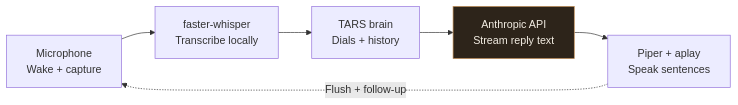
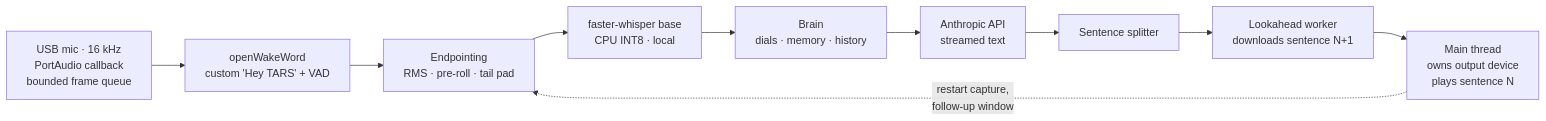
One commit to lucaformento/TARS changed the diagram in README.md. Above: the diagram before and after it, drawn with Mermaid. The commit also changed other lines of this file, not shown here.

First line of the commit message:
Rewrite README for the current architecture

````diff
--- a/README.md
+++ b/README.md
@@ -36,9 +18,12 @@
 ```mermaid
 flowchart LR
-    mic["Microphone<br/>Wake + capture"] --> stt["faster-whisper<br/>Transcribe locally"]
-    stt --> brain["TARS brain<br/>Dials + history"]
-    brain --> api["Anthropic API<br/>Stream reply text"]
-    api --> speech["Piper + aplay<br/>Speak sentences"]
-    speech -. "Flush + follow-up" .-> mic
-    style api fill:#2d241a,stroke:#c79259,color:#f3ede3
+    mic["USB mic · 16 kHz<br/>PortAudio callback<br/>bounded frame queue"] --> wake["openWakeWord<br/>custom 'Hey TARS' + VAD"]
+    wake --> cap["Endpointing<br/>RMS · pre-roll · tail pad"]
+    cap --> stt["faster-whisper base<br/>CPU INT8 · local"]
+    stt --> brain["Brain<br/>dials · memory · history"]
+    brain --> llm["Anthropic API<br/>streamed text"]
+    llm --> split["Sentence splitter"]
+    split --> worker["Lookahead worker<br/>downloads sentence N+1"]
+    worker --> play["Main thread<br/>owns output device<br/>plays sentence N"]
+    play -. "restart capture,<br/>follow-up window" .-> cap
 ```
````
